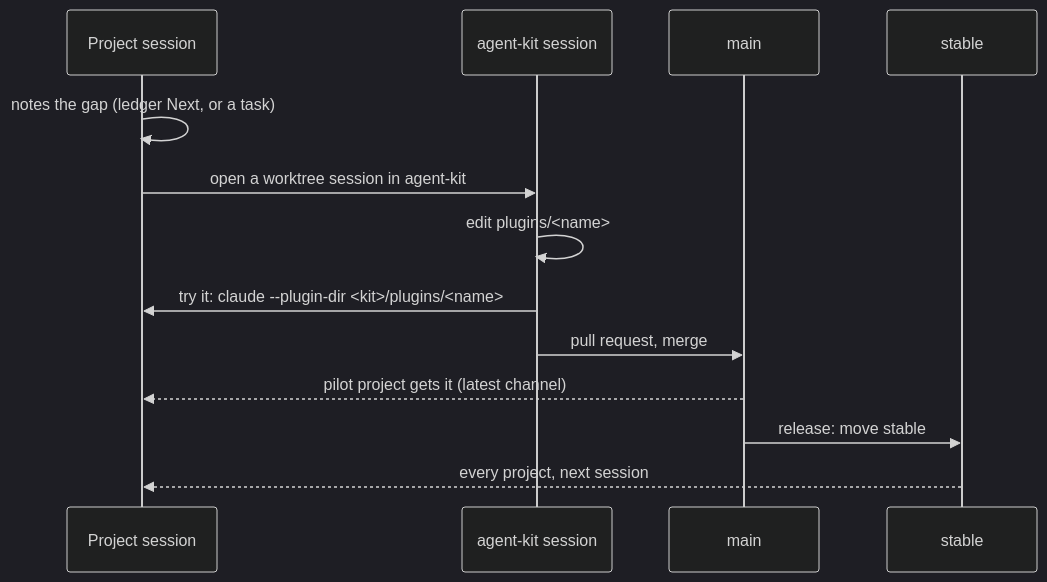
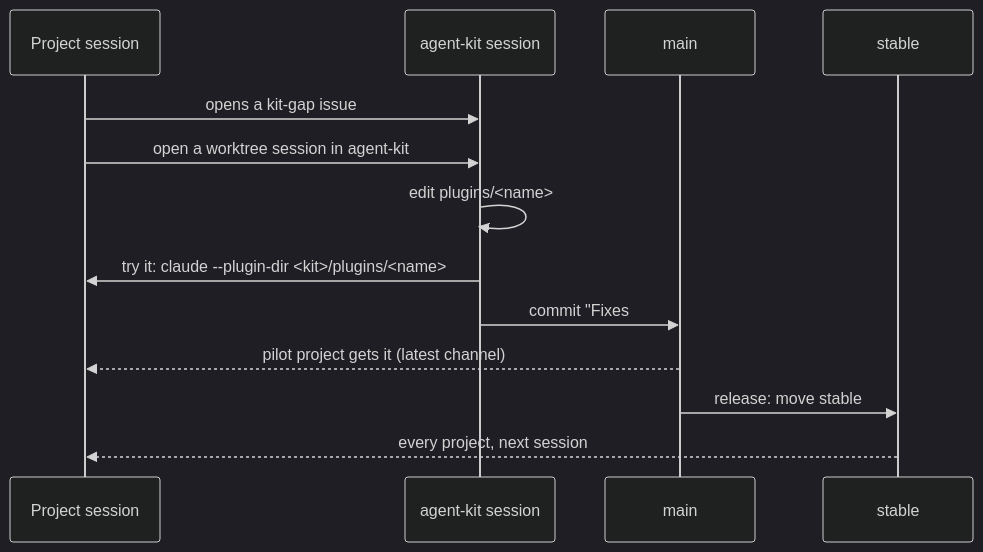
The second of 2 diagrams in docs/changing.md (3meyc/agent-kit), drawn with Mermaid (dark theme) before and after one commit. The commit also changed other lines of this file and 21 other files, not shown here.

````diff
--- a/docs/changing.md
+++ b/docs/changing.md
@@ -29,15 +29,15 @@
 ```mermaid
 sequenceDiagram
   participant P as Project session
   participant K as agent-kit session
   participant M as main
   participant S as stable
-  P->>P: notes the gap (ledger Next, or a task)
+  P->>K: opens a kit-gap issue #n
   P->>K: open a worktree session in agent-kit
   K->>K: edit plugins/<name>
   K->>P: try it: claude --plugin-dir <kit>/plugins/<name>
-  K->>M: pull request, merge
+  K->>M: commit "Fixes #n", merge
   M-->>P: pilot project gets it (latest channel)
   M->>S: release: move stable
   S-->>P: every project, next session
 ```
````
